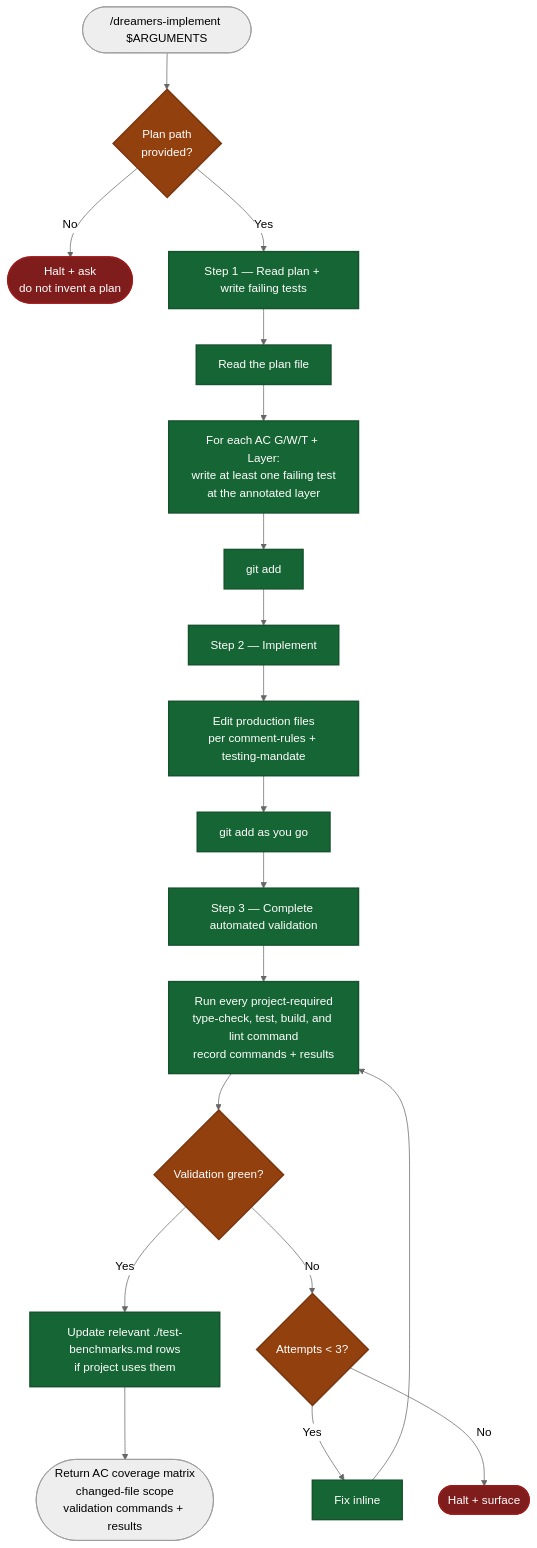
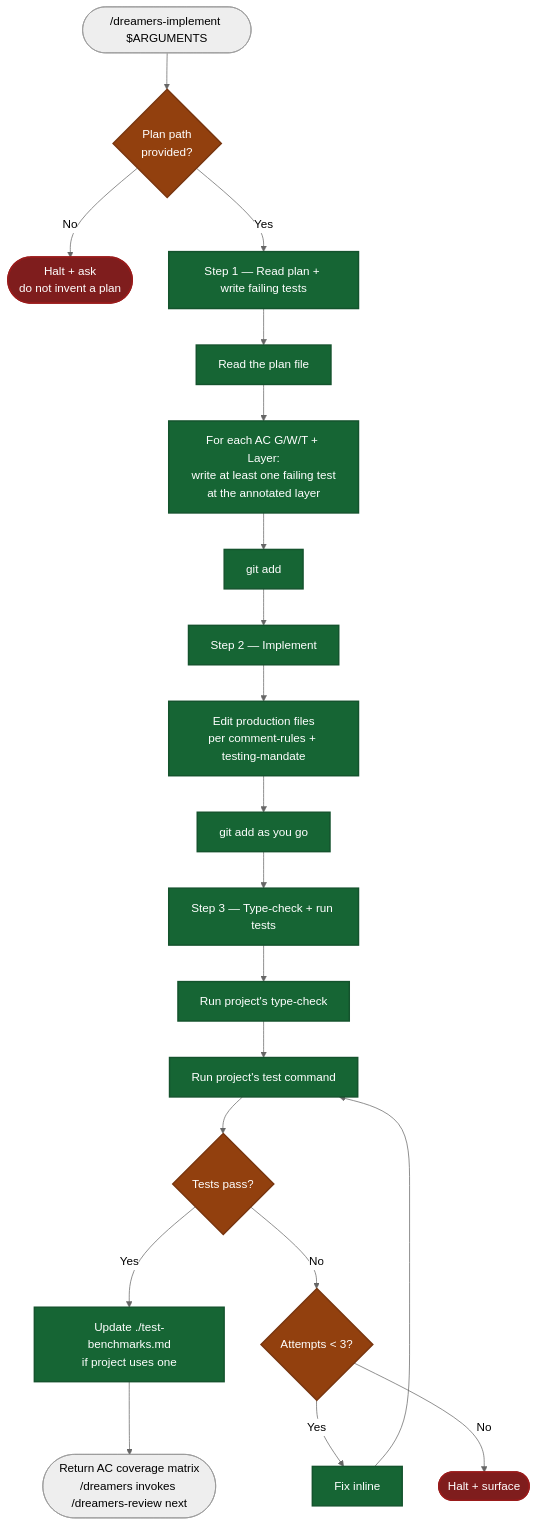
The diagram in .github/skills/dreamers-implement/readme.md (mrStorrs/dreamers-copilot), drawn with Mermaid (neutral theme) before and after one commit. The commit also changed other lines of this file and 27 other files, not shown here.

````diff
--- a/.github/skills/dreamers-implement/readme.md
+++ b/.github/skills/dreamers-implement/readme.md
@@ -5,32 +5,33 @@
 ```mermaid
 flowchart TD
     Start(["/dreamers-implement $ARGUMENTS"]) --> ArgCheck{"Plan path<br/>provided?"}
     ArgCheck -->|No| HaltA(["Halt + ask<br/>do not invent a plan"])
     ArgCheck -->|Yes| S1
 
     S1["Step 1 — Read plan + write failing tests"] --> ReadPlan["Read the plan file"]
     ReadPlan --> WriteTests["For each AC G/W/T + Layer:<br/>write at least one failing test<br/>at the annotated layer"]
     WriteTests --> Stage1["git add"]
     Stage1 --> S2
 
     S2["Step 2 — Implement"] --> EditFiles["Edit production files<br/>per comment-rules + testing-mandate"]
     EditFiles --> Stage2["git add as you go"]
     Stage2 --> S3
 
-    S3["Step 3 — Complete automated validation"] --> Validate["Run every project-required<br/>type-check, test, build, and lint command<br/>record commands + results"]
-    Validate --> TestResult{"Validation green?"}
-    TestResult -->|Yes| Benchmarks["Update relevant ./test-benchmarks.md rows<br/>if project uses them"]
+    S3["Step 3 — Type-check + run tests"] --> TypeCheck["Run project's type-check"]
+    TypeCheck --> RunTests["Run project's test command"]
+    RunTests --> TestResult{"Tests pass?"}
+    TestResult -->|Yes| Benchmarks["Update ./test-benchmarks.md<br/>if project uses one"]
     TestResult -->|No| AttemptCheck{"Attempts < 3?"}
     AttemptCheck -->|Yes| FixInline["Fix inline"]
-    FixInline --> Validate
+    FixInline --> RunTests
     AttemptCheck -->|No| HaltB(["Halt + surface"])
-    Benchmarks --> End(["Return AC coverage matrix<br/>changed-file scope<br/>validation commands + results"])
+    Benchmarks --> End(["Return AC coverage matrix<br/>/dreamers invokes /dreamers-review next"])
 
     classDef gate fill:#92400e,stroke:#78350f,stroke-width:2px,color:#fff
     classDef halt fill:#7f1d1d,stroke:#991b1b,stroke-width:2px,color:#fff
     classDef phase fill:#166534,stroke:#14532d,stroke-width:2px,color:#fff
 
     class ArgCheck,TestResult,AttemptCheck gate
     class HaltA,HaltB halt
-    class S1,S2,S3,ReadPlan,WriteTests,Stage1,EditFiles,Stage2,Validate,FixInline,Benchmarks phase
+    class S1,S2,S3,ReadPlan,WriteTests,Stage1,EditFiles,Stage2,TypeCheck,RunTests,FixInline,Benchmarks phase
 ```
````
